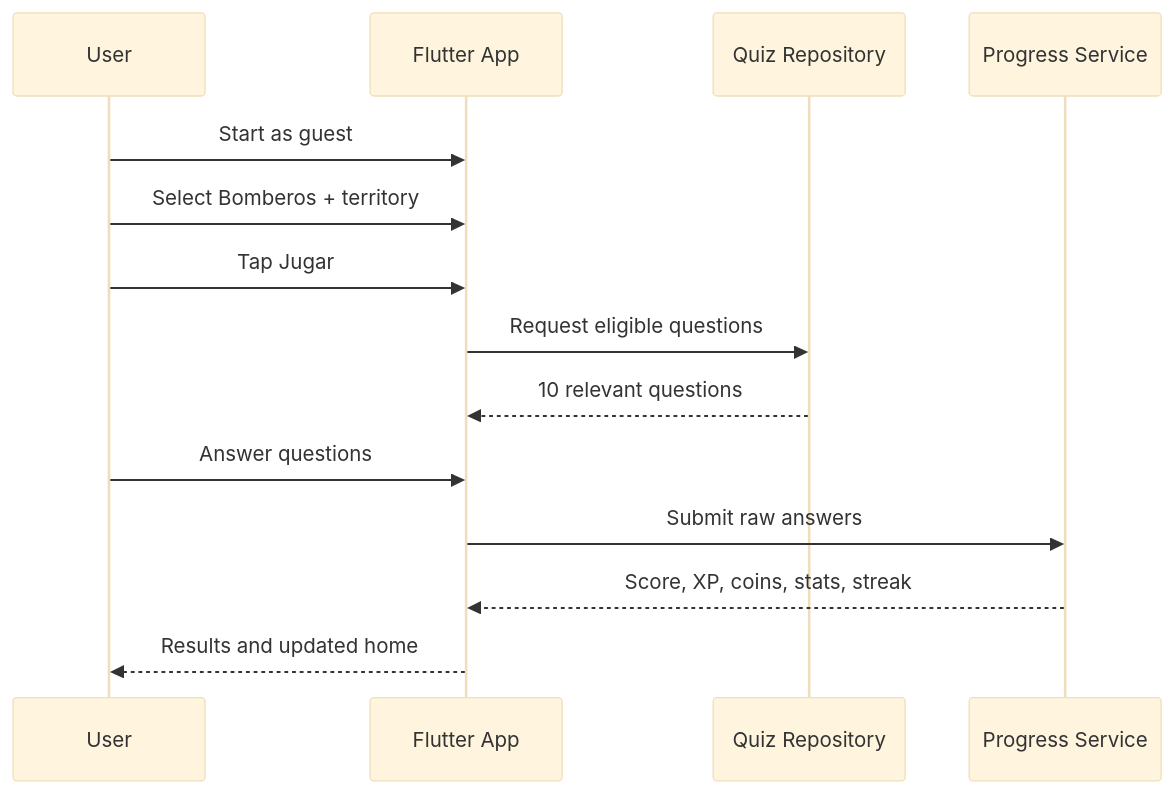
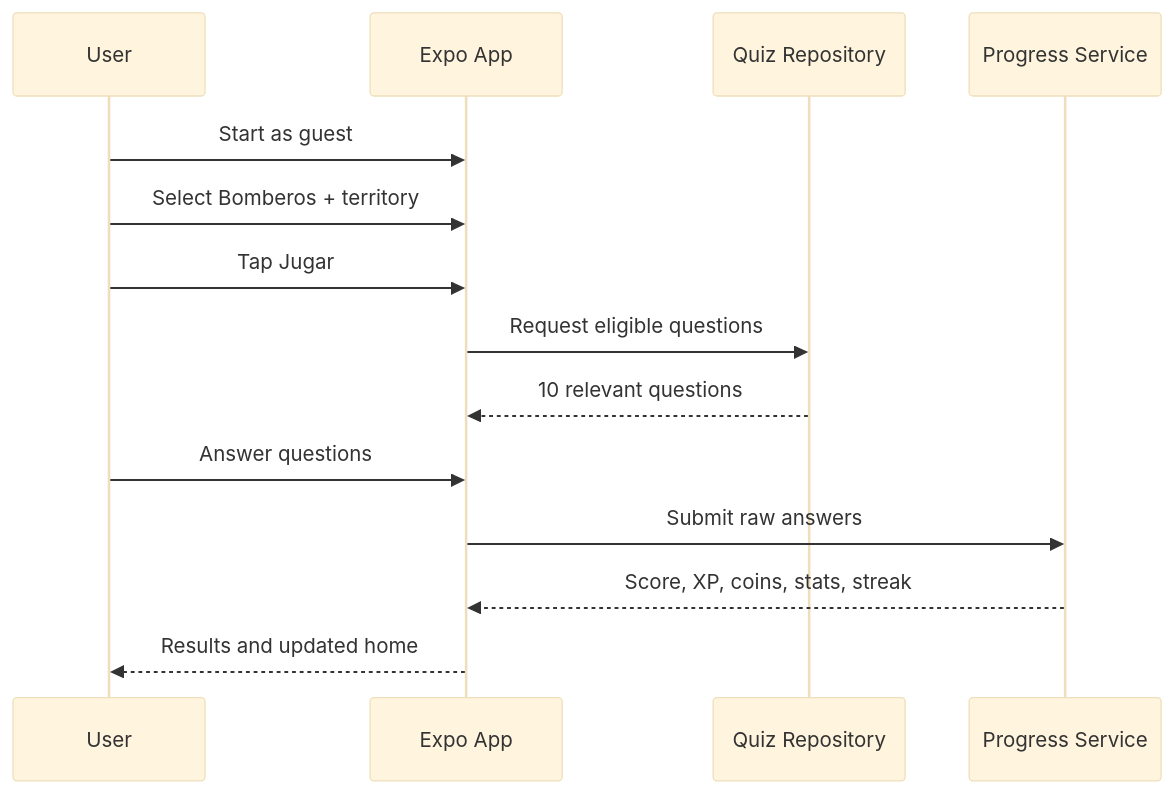
Before and after one commit to harold1094/OpoCompit: the second of 2 diagrams in ARCHITECTURE.md, drawn with Mermaid (base theme). The commit also changed other lines of this file and 40 other files, not shown here.

````diff
--- a/ARCHITECTURE.md
+++ b/ARCHITECTURE.md
@@ -77,16 +65,16 @@
 ```mermaid
 sequenceDiagram
   participant U as User
-  participant A as Flutter App
+  participant A as Expo App
   participant R as Quiz Repository
   participant P as Progress Service
   U->>A: Start as guest
   U->>A: Select Bomberos + territory
   U->>A: Tap Jugar
   A->>R: Request eligible questions
   R-->>A: 10 relevant questions
   U->>A: Answer questions
   A->>P: Submit raw answers
   P-->>A: Score, XP, coins, stats, streak
   A-->>U: Results and updated home
 ```
````
